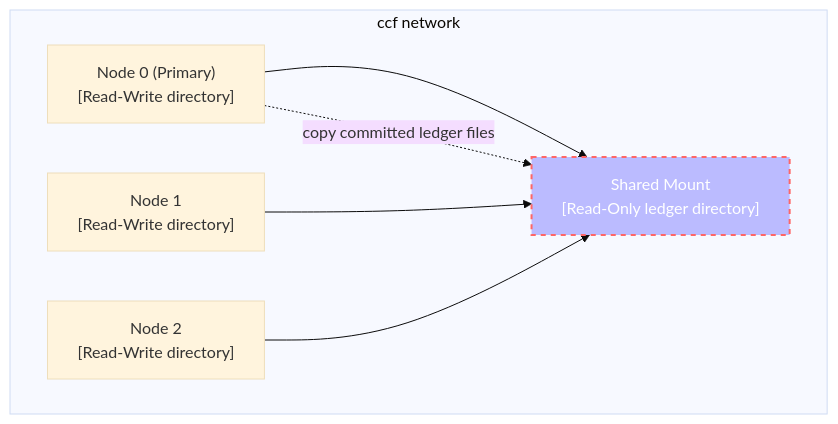
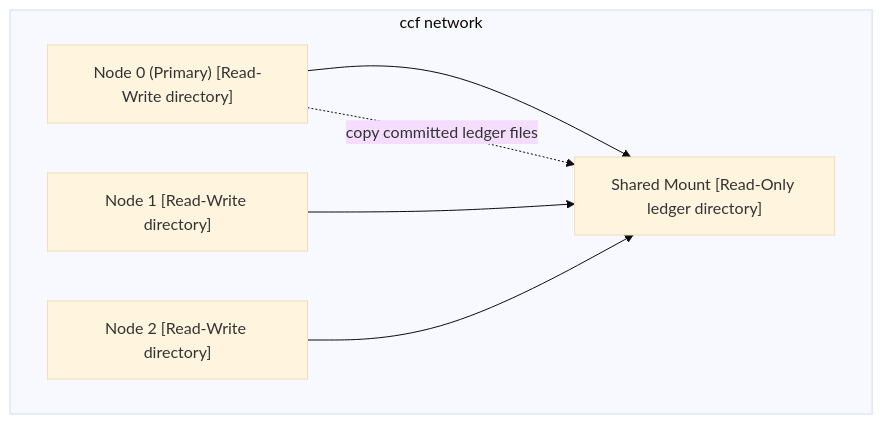
One commit to microsoft/CCF changed the diagram in doc/operations/data_persistence.rst. Above: the diagram before and after it, drawn with Mermaid (base theme). The commit also changed 27 other files, not shown here.

```diff
--- a/doc/operations/data_persistence.rst
+++ b/doc/operations/data_persistence.rst
@@ -29,14 +29,13 @@
 .. mermaid::
 
     graph TD;
     subgraph ccf network;
-    A["Node 0 (Primary)<br> [Read-Write directory]"];
-    B["Node 1<br> [Read-Write directory]"];
-    C["Node 2<br> [Read-Write directory]"];
-    D["Shared Mount<br>[Read-Only ledger directory]"]
-    style D fill:#bbf,stroke:#f66,stroke-width:2px,color:#fff,stroke-dasharray: 5 5
+    A["Node 0 (Primary) [Read-Write directory]"];
+    B["Node 1 [Read-Write directory]"];
+    C["Node 2 [Read-Write directory]"];
+    D["Shared Mount [Read-Only ledger directory]"]
     A-->D
     A-. copy committed ledger files .-> D
     B-->D
     C-->D
     end;
```
